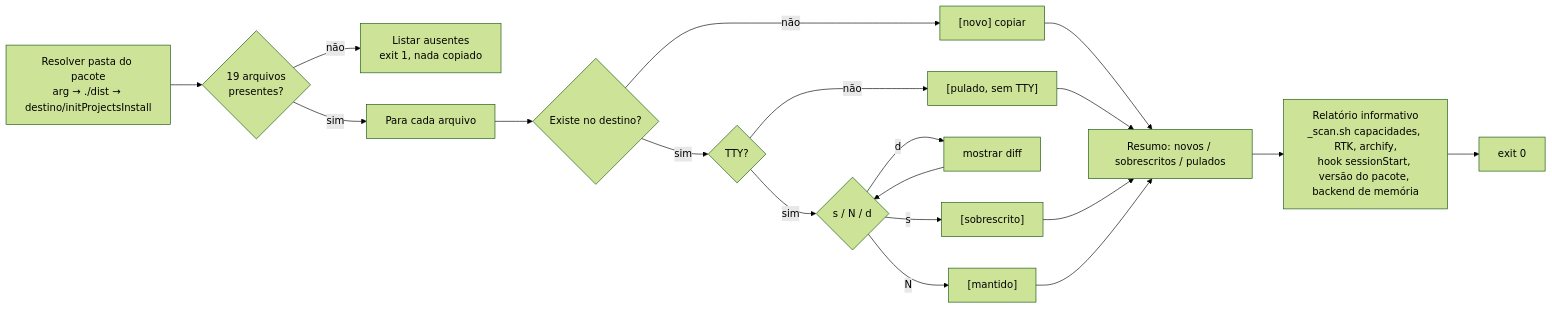
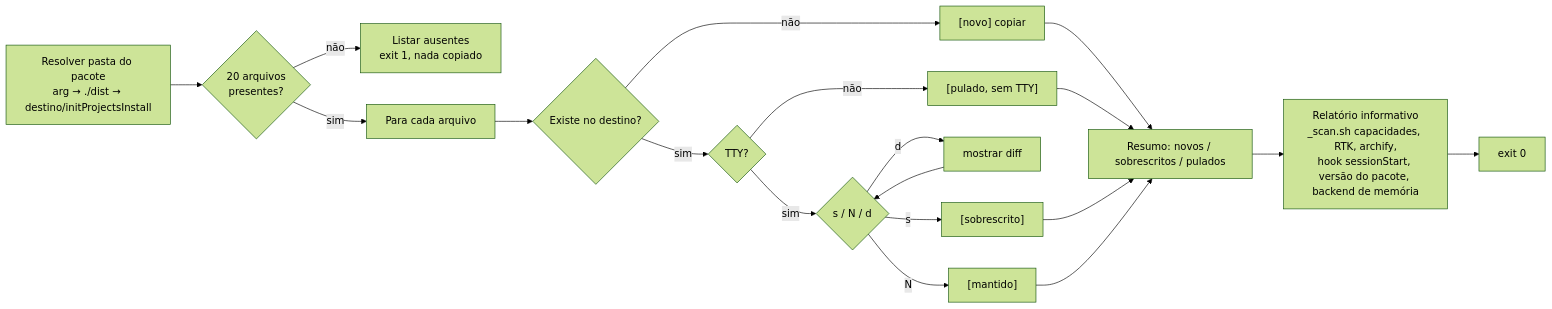
The second of 4 diagrams in docs/Organograma.md (c3t4r4/Personal-MD-for-Cursor), drawn with Mermaid (forest theme) before and after one commit. The commit also changed other lines of this file and 20 other files, not shown here.

````diff
--- a/docs/Organograma.md
+++ b/docs/Organograma.md
@@ -40,17 +40,17 @@
 ```mermaid
 flowchart LR
-    A["Resolver pasta do pacote<br/>arg → ./dist → destino/initProjectsInstall"] --> B{"19 arquivos<br/>presentes?"}
+    A["Resolver pasta do pacote<br/>arg → ./dist → destino/initProjectsInstall"] --> B{"20 arquivos<br/>presentes?"}
     B -->|não| X["Listar ausentes<br/>exit 1, nada copiado"]
     B -->|sim| C["Para cada arquivo"]
     C --> D{"Existe no destino?"}
     D -->|não| E["[novo] copiar"]
     D -->|sim| F{"TTY?"}
     F -->|não| G["[pulado, sem TTY]"]
     F -->|sim| H{"s / N / d"}
     H -->|d| I["mostrar diff"] --> H
     H -->|s| J["[sobrescrito]"]
     H -->|N| K["[mantido]"]
     E & G & J & K --> L["Resumo: novos / sobrescritos / pulados"]
     L --> M["Relatório informativo<br/>_scan.sh capacidades, RTK, archify,<br/>hook sessionStart, versão do pacote, backend de memória"]
     M --> N["exit 0"]
 ```
````
